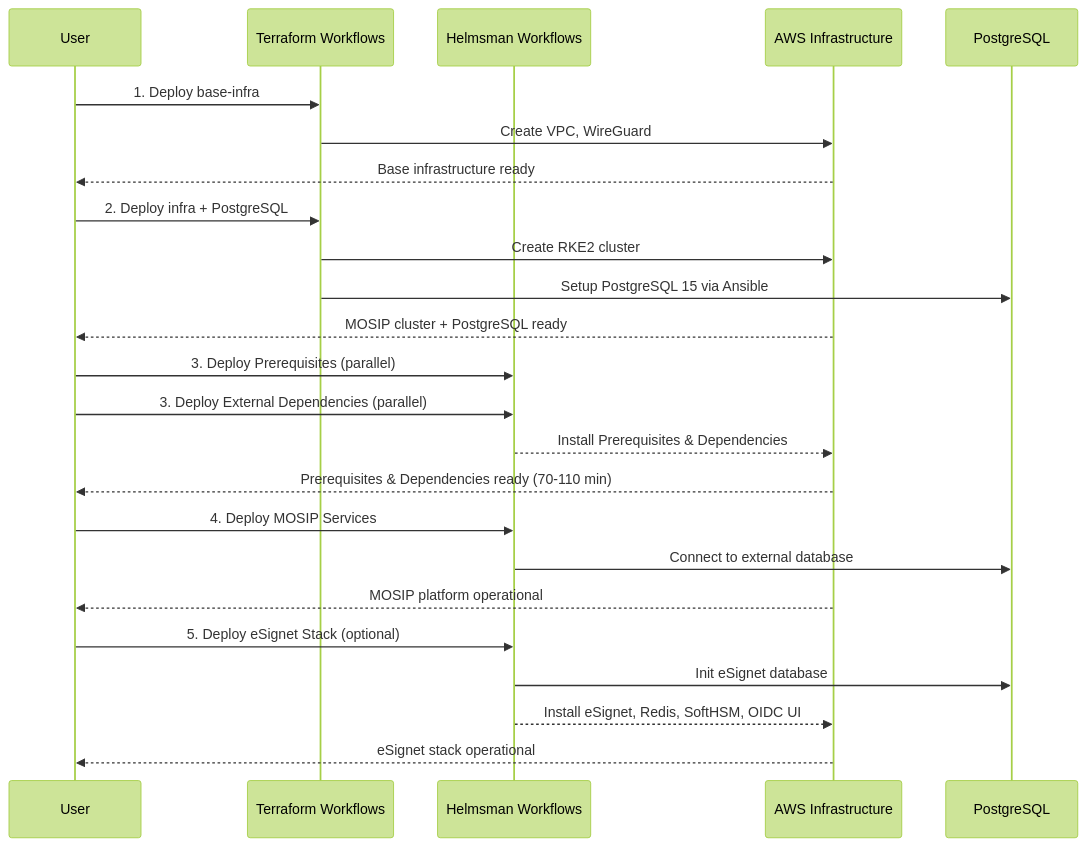
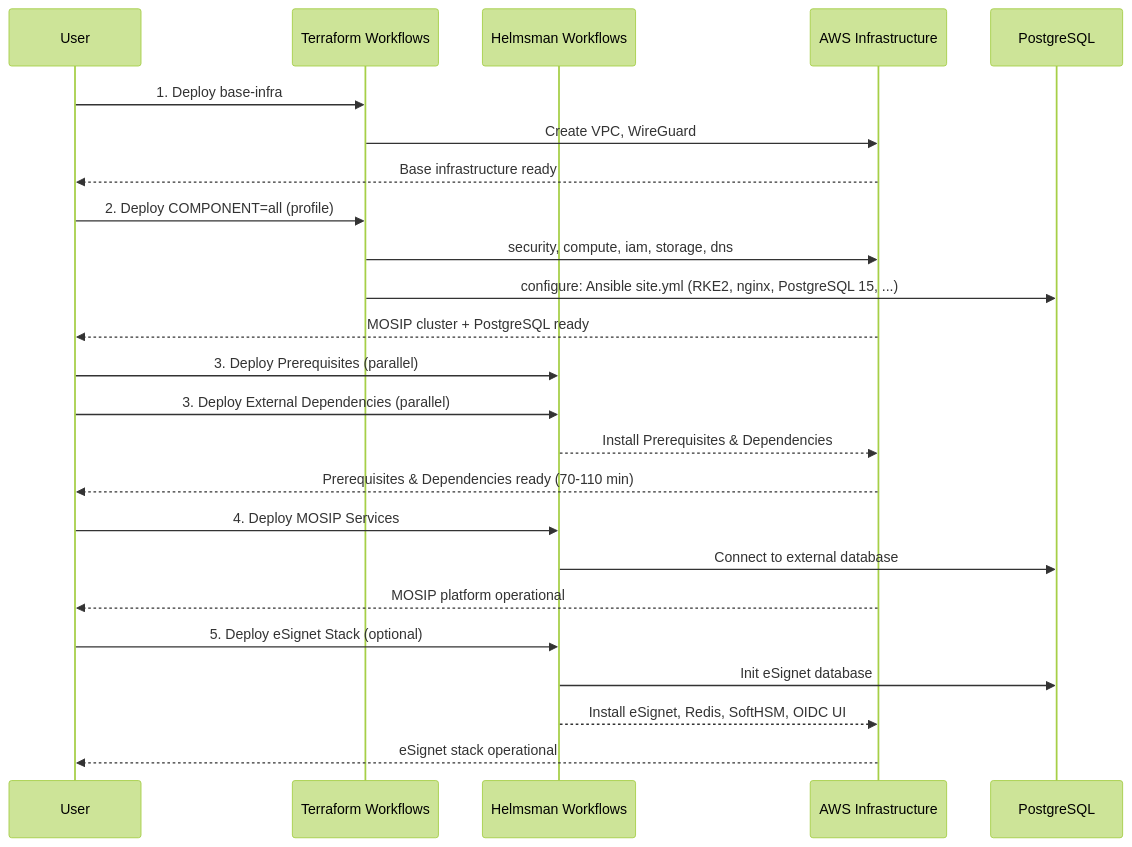
One commit to mosip/infra changed the second of 3 diagrams in .github/workflows/README.md. Above: the diagram before and after it, drawn with Mermaid (forest theme). The commit also changed other lines of this file and 197 other files, not shown here.

````diff
--- a/.github/workflows/README.md
+++ b/.github/workflows/README.md
@@ -452,31 +260,31 @@
 ```mermaid
 sequenceDiagram
  participant User
  participant Terraform Workflows
  participant Helmsman Workflows
  participant AWS Infrastructure
  participant PostgreSQL
  
  User->>Terraform Workflows: 1. Deploy base-infra
  Terraform Workflows->>AWS Infrastructure: Create VPC, WireGuard
  AWS Infrastructure-->>User: Base infrastructure ready
  
- User->>Terraform Workflows: 2. Deploy infra + PostgreSQL
- Terraform Workflows->>AWS Infrastructure: Create RKE2 cluster
- Terraform Workflows->>PostgreSQL: Setup PostgreSQL 15 via Ansible
+ User->>Terraform Workflows: 2. Deploy COMPONENT=all (profile)
+ Terraform Workflows->>AWS Infrastructure: security, compute, iam, storage, dns
+ Terraform Workflows->>PostgreSQL: configure: Ansible site.yml (RKE2, nginx, PostgreSQL 15, ...)
  AWS Infrastructure-->>User: MOSIP cluster + PostgreSQL ready
  
  User->>Helmsman Workflows: 3. Deploy Prerequisites (parallel)
  User->>Helmsman Workflows: 3. Deploy External Dependencies (parallel)
  Helmsman Workflows-->>AWS Infrastructure: Install Prerequisites & Dependencies
  AWS Infrastructure-->>User: Prerequisites & Dependencies ready (70-110 min)
  
  User->>Helmsman Workflows: 4. Deploy MOSIP Services
  Helmsman Workflows->>PostgreSQL: Connect to external database
  AWS Infrastructure-->>User: MOSIP platform operational
  
  User->>Helmsman Workflows: 5. Deploy eSignet Stack (optional)
  Helmsman Workflows->>PostgreSQL: Init eSignet database
  Helmsman Workflows-->>AWS Infrastructure: Install eSignet, Redis, SoftHSM, OIDC UI
  AWS Infrastructure-->>User: eSignet stack operational
 ```
````
